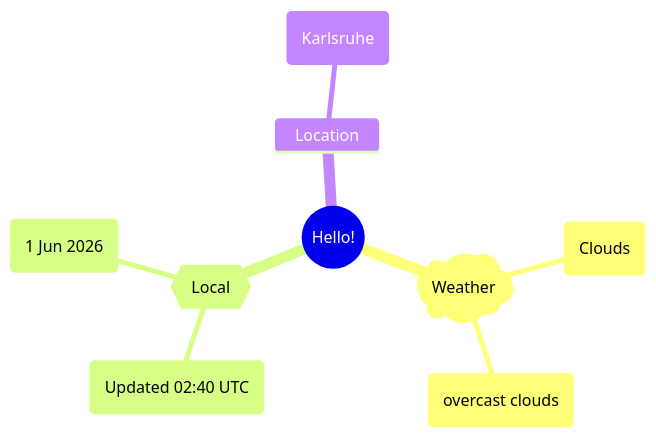
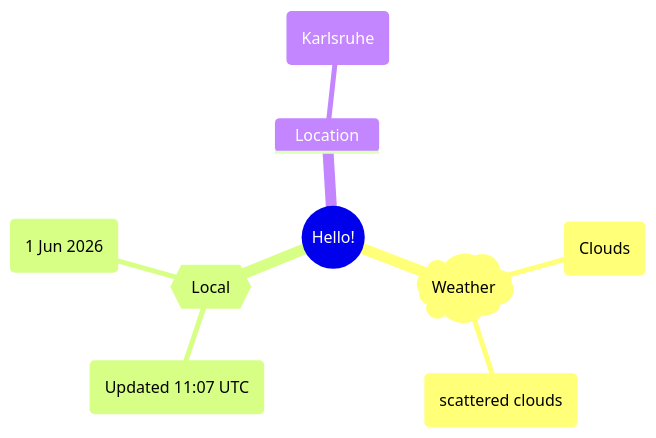
The first of 2 diagrams in README.md (Xosrov/Xosrov), drawn with Mermaid before and after one commit.

Commit message:
[bot] updated images

````diff
--- a/README.md
+++ b/README.md
@@ -3,12 +3,12 @@
 ```mermaid
 mindmap
   root((Hello!))
     )Weather(
         (Clouds)
-        (overcast clouds)
+        (scattered clouds)
     {{Local}}
-        (Updated 02:40 UTC)
+        (Updated 11:07 UTC)
         (1 Jun 2026)
     Location
         (Karlsruhe)
 ```
````
